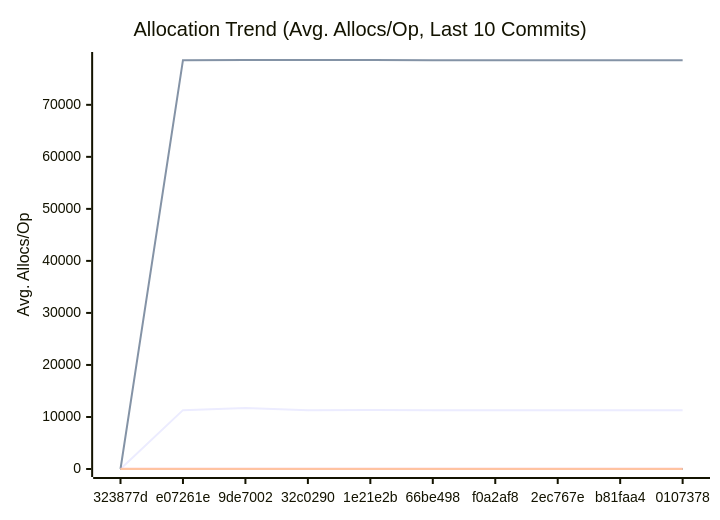
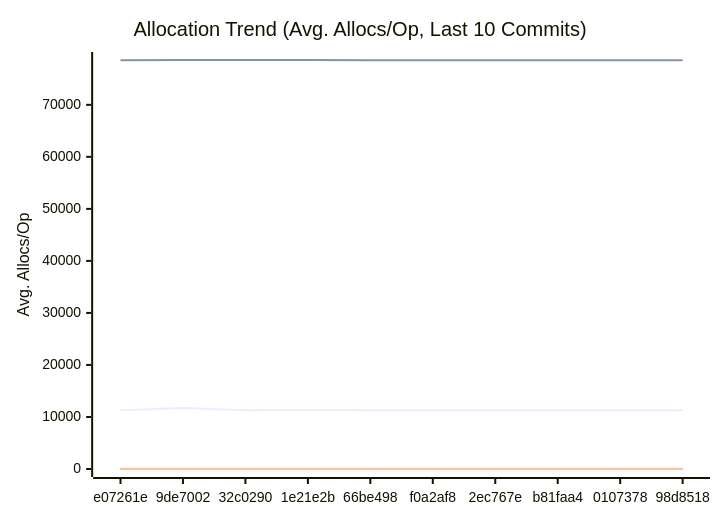
The third of 3 diagrams in docs/PERFORMANCE.md (alsotoes/momo), drawn with Mermaid before and after one commit. The commit also changed other lines of this file and 2 other files, not shown here.

````diff
--- a/docs/PERFORMANCE.md
+++ b/docs/PERFORMANCE.md
@@ -197,20 +197,20 @@
 ```mermaid
 xychart-beta
     title "Allocation Trend (Avg. Allocs/Op, Last 10 Commits)"
     x-axis "Commit"
     y-axis "Avg. Allocs/Op"
-    x-axis [323877d,e07261e,9de7002,32c0290,1e21e2b,66be498,f0a2af8,2ec767e,b81faa4,0107378]
-    line "AWSChunkedReaderSigned" [0,11316,11705,11290,11320,11284,11279,11295,11290,11295]
-    line "AWSChunkedReaderUnsigned" [0,78590,78616,78594,78612,78570,78565,78569,78578,78577]
+    x-axis [e07261e,9de7002,32c0290,1e21e2b,66be498,f0a2af8,2ec767e,b81faa4,0107378,98d8518]
+    line "AWSChunkedReaderSigned" [11316,11705,11290,11320,11284,11279,11295,11290,11295,11316]
+    line "AWSChunkedReaderUnsigned" [78590,78616,78594,78612,78570,78565,78569,78578,78577,78586]
     line "CheckMetricsAndSwap" [0,0,0,0,0,0,0,0,0,0]
     line "CrushOptimized" [0,0,0,0,0,0,0,0,0,0]
     line "CrushOriginal" [3,3,3,3,3,3,3,3,3,3]
     line "IndexDirectTracking" [0,0,0,0,0,0,0,0,0,0]
     line "IndexSearch" [0,0,0,0,0,0,0,0,0,0]
     line "LoadGlobalConfig" [46,46,46,46,46,46,46,46,46,46]
     line "PadString" [1,1,1,1,1,1,1,1,1,1]
     line "ParseReplicationOrder_NoPrealloc" [6,6,6,6,6,5,5,5,5,5]
     line "ParseReplicationOrder_Prealloc" [2,2,2,2,2,1,1,1,1,1]
     line "SanitizeLog/Safe" [0,0,0,0,0,0,0,0,0,0]
     line "SanitizeLog/Unsafe" [1,1,1,1,1,1,1,1,1,1]
 ```
````
